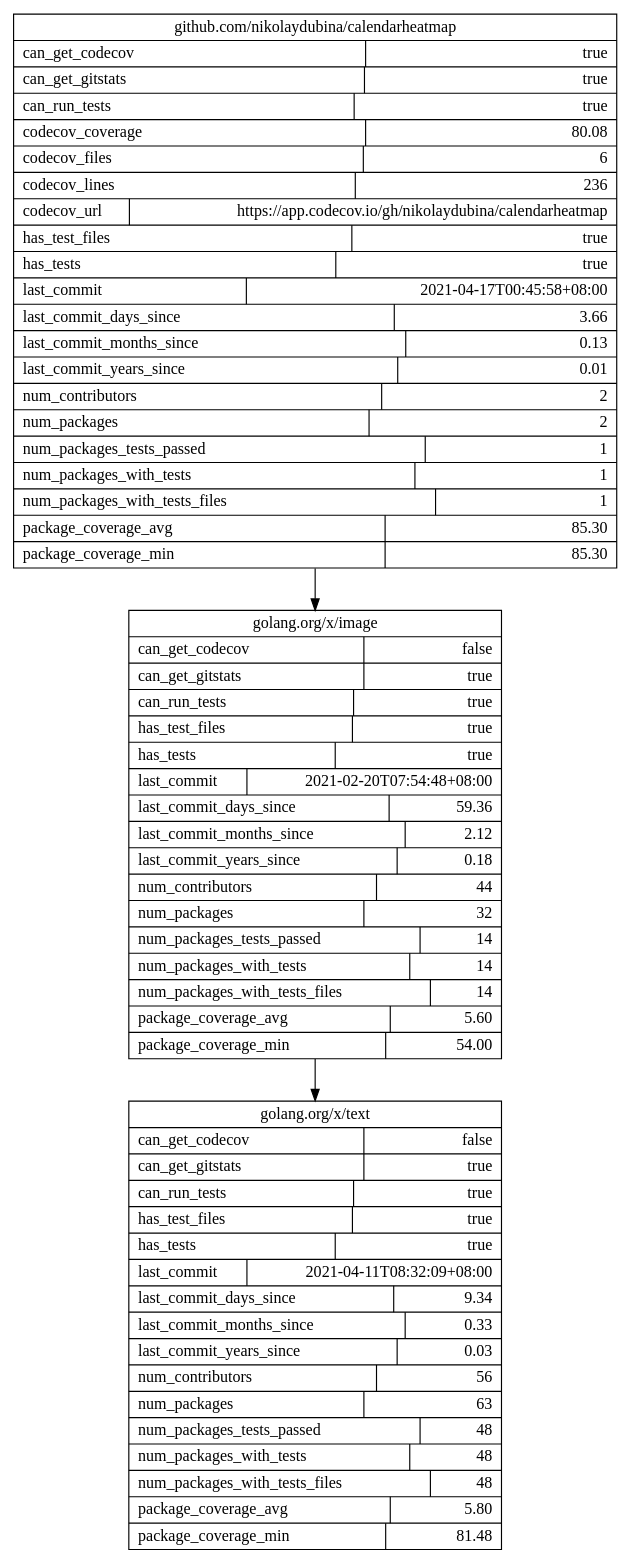
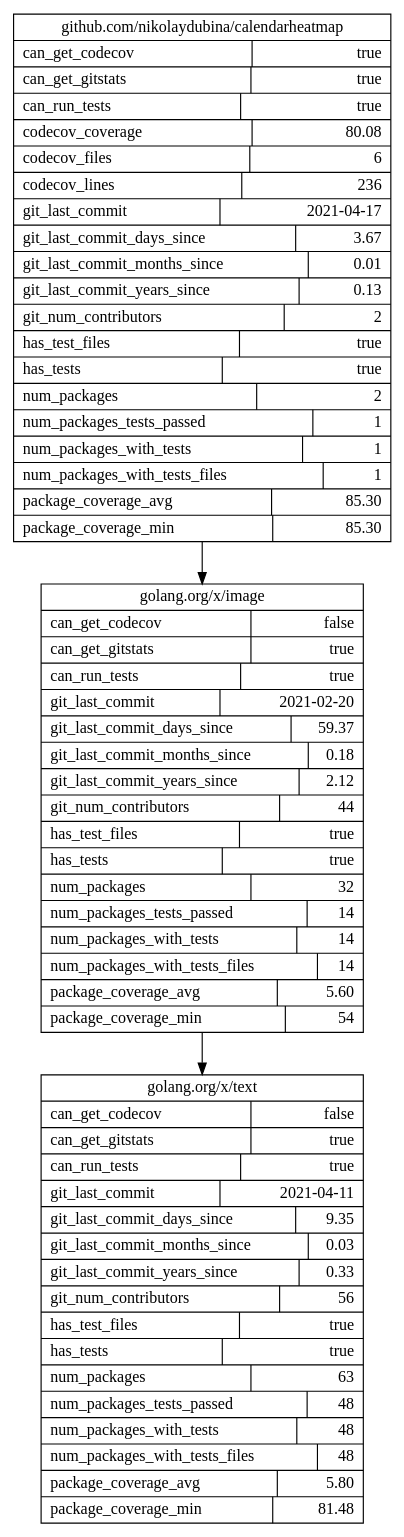
The diagram in docs/calendarheatmap/output.dot (nikolaydubina/import-graph), drawn with Graphviz before and after one commit. The commit also changed 7 other files, not shown here.

```diff
--- a/docs/calendarheatmap/output.dot
+++ b/docs/calendarheatmap/output.dot
@@ -1,14 +1,14 @@
 digraph G {
 	concentrate=True;
 	rankdir=TB;
 	node [shape=record];
 	
-	"github.com/nikolaydubina/calendarheatmap" [label="{ github.com/nikolaydubina/calendarheatmap | {can_get_codecov\l | true\r} | {can_get_gitstats\l | true\r} | {can_run_tests\l | true\r} | {codecov_coverage\l | 80.08\r} | {codecov_files\l | 6\r} | {codecov_lines\l | 236\r} | {codecov_url\l | https://app.codecov.io/gh/nikolaydubina/calendarheatmap\r} | {has_test_files\l | true\r} | {has_tests\l | true\r} | {last_commit\l | 2021-04-17T00:45:58+08:00\r} | {last_commit_days_since\l | 3.66\r} | {last_commit_months_since\l | 0.13\r} | {last_commit_years_since\l | 0.01\r} | {num_contributors\l | 2\r} | {num_packages\l | 2\r} | {num_packages_tests_passed\l | 1\r} | {num_packages_with_tests\l | 1\r} | {num_packages_with_tests_files\l | 1\r} | {package_coverage_avg\l | 85.30\r} | {package_coverage_min\l | 85.30\r} }"];
-	"golang.org/x/image" [label="{ golang.org/x/image | {can_get_codecov\l | false\r} | {can_get_gitstats\l | true\r} | {can_run_tests\l | true\r} | {has_test_files\l | true\r} | {has_tests\l | true\r} | {last_commit\l | 2021-02-20T07:54:48+08:00\r} | {last_commit_days_since\l | 59.36\r} | {last_commit_months_since\l | 2.12\r} | {last_commit_years_since\l | 0.18\r} | {num_contributors\l | 44\r} | {num_packages\l | 32\r} | {num_packages_tests_passed\l | 14\r} | {num_packages_with_tests\l | 14\r} | {num_packages_with_tests_files\l | 14\r} | {package_coverage_avg\l | 5.60\r} | {package_coverage_min\l | 54.00\r} }"];
-	"golang.org/x/text" [label="{ golang.org/x/text | {can_get_codecov\l | false\r} | {can_get_gitstats\l | true\r} | {can_run_tests\l | true\r} | {has_test_files\l | true\r} | {has_tests\l | true\r} | {last_commit\l | 2021-04-11T08:32:09+08:00\r} | {last_commit_days_since\l | 9.34\r} | {last_commit_months_since\l | 0.33\r} | {last_commit_years_since\l | 0.03\r} | {num_contributors\l | 56\r} | {num_packages\l | 63\r} | {num_packages_tests_passed\l | 48\r} | {num_packages_with_tests\l | 48\r} | {num_packages_with_tests_files\l | 48\r} | {package_coverage_avg\l | 5.80\r} | {package_coverage_min\l | 81.48\r} }"];
+	"github.com/nikolaydubina/calendarheatmap" [label="{ github.com/nikolaydubina/calendarheatmap | {can_get_codecov\l | true\r} | {can_get_gitstats\l | true\r} | {can_run_tests\l | true\r} | {codecov_coverage\l | 80.08\r} | {codecov_files\l | 6\r} | {codecov_lines\l | 236\r} | {git_last_commit\l | 2021-04-17\r} | {git_last_commit_days_since\l | 3.67\r} | {git_last_commit_months_since\l | 0.01\r} | {git_last_commit_years_since\l | 0.13\r} | {git_num_contributors\l | 2\r} | {has_test_files\l | true\r} | {has_tests\l | true\r} | {num_packages\l | 2\r} | {num_packages_tests_passed\l | 1\r} | {num_packages_with_tests\l | 1\r} | {num_packages_with_tests_files\l | 1\r} | {package_coverage_avg\l | 85.30\r} | {package_coverage_min\l | 85.30\r} }"];
+	"golang.org/x/image" [label="{ golang.org/x/image | {can_get_codecov\l | false\r} | {can_get_gitstats\l | true\r} | {can_run_tests\l | true\r} | {git_last_commit\l | 2021-02-20\r} | {git_last_commit_days_since\l | 59.37\r} | {git_last_commit_months_since\l | 0.18\r} | {git_last_commit_years_since\l | 2.12\r} | {git_num_contributors\l | 44\r} | {has_test_files\l | true\r} | {has_tests\l | true\r} | {num_packages\l | 32\r} | {num_packages_tests_passed\l | 14\r} | {num_packages_with_tests\l | 14\r} | {num_packages_with_tests_files\l | 14\r} | {package_coverage_avg\l | 5.60\r} | {package_coverage_min\l | 54\r} }"];
+	"golang.org/x/text" [label="{ golang.org/x/text | {can_get_codecov\l | false\r} | {can_get_gitstats\l | true\r} | {can_run_tests\l | true\r} | {git_last_commit\l | 2021-04-11\r} | {git_last_commit_days_since\l | 9.35\r} | {git_last_commit_months_since\l | 0.03\r} | {git_last_commit_years_since\l | 0.33\r} | {git_num_contributors\l | 56\r} | {has_test_files\l | true\r} | {has_tests\l | true\r} | {num_packages\l | 63\r} | {num_packages_tests_passed\l | 48\r} | {num_packages_with_tests\l | 48\r} | {num_packages_with_tests_files\l | 48\r} | {package_coverage_avg\l | 5.80\r} | {package_coverage_min\l | 81.48\r} }"];
 	
 
 	"github.com/nikolaydubina/calendarheatmap" -> "golang.org/x/image";
 	"golang.org/x/image" -> "golang.org/x/text";
 	
 }
```
